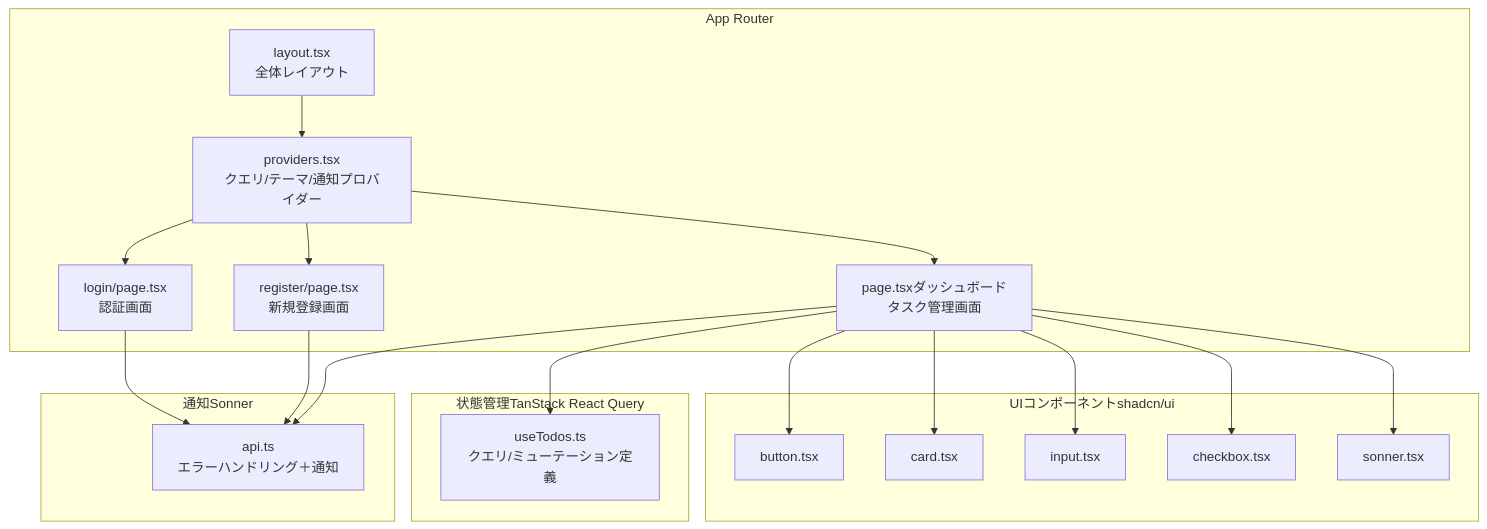
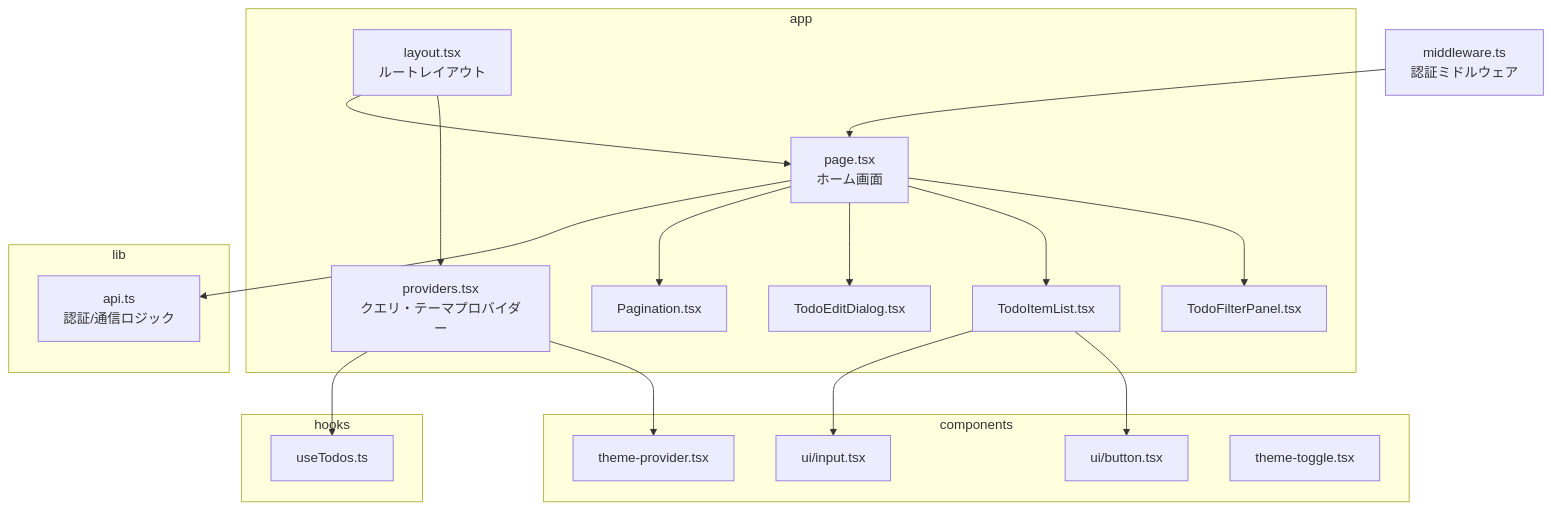
One commit to ss8806/Todos changed the first of 8 diagrams in .qoder/repowiki/ja/content/フロントエンドアーキテクチャ/フロントエンドアーキテクチャ.md. Above: the diagram before and after it, drawn with Mermaid. The commit also changed other lines of this file and 106 other files, not shown here.

````diff
--- a/.qoder/repowiki/ja/content/フロントエンドアーキテクチャ/フロントエンドアーキテクチャ.md
+++ b/.qoder/repowiki/ja/content/フロントエンドアーキテクチャ/フロントエンドアーキテクチャ.md
@@ -39,36 +44,37 @@
 ```mermaid
 graph TB
-subgraph "App Router"
-LAYOUT["layout.tsx<br/>全体レイアウト"]
-PROVIDERS["providers.tsx<br/>クエリ/テーマ/通知プロバイダー"]
-LOGIN["login/page.tsx<br/>認証画面"]
-REGISTER["register/page.tsx<br/>新規登録画面"]
-DASHBOARD["page.tsxダッシュボード<br/>タスク管理画面"]
+subgraph "app"
+L["layout.tsx<br/>ルートレイアウト"]
+P["providers.tsx<br/>クエリ・テーマプロバイダー"]
+H["page.tsx<br/>ホーム画面"]
+C1["TodoFilterPanel.tsx"]
+C2["TodoItemList.tsx"]
+C3["TodoEditDialog.tsx"]
+C4["Pagination.tsx"]
 end
-subgraph "UIコンポーネントshadcn/ui"
-BTN["button.tsx"]
-CARD["card.tsx"]
-INPUT["input.tsx"]
-CHECK["checkbox.tsx"]
-SONNER["sonner.tsx"]
+subgraph "components"
+U1["ui/button.tsx"]
+U2["ui/input.tsx"]
+TP["theme-provider.tsx"]
+TT["theme-toggle.tsx"]
 end
-subgraph "状態管理TanStack React Query"
-USETODOS["useTodos.ts<br/>クエリ/ミューテーション定義"]
+subgraph "hooks"
+HT["useTodos.ts"]
 end
-subgraph "通知Sonner"
-API["api.ts<br/>エラーハンドリング＋通知"]
+subgraph "lib"
+API["api.ts<br/>認証/通信ロジック"]
 end
-LAYOUT --> PROVIDERS
-PROVIDERS --> LOGIN
-PROVIDERS --> REGISTER
-PROVIDERS --> DASHBOARD
-DASHBOARD --> USETODOS
-LOGIN --> API
-REGISTER --> API
-DASHBOARD --> API
-DASHBOARD --> BTN
-DASHBOARD --> CARD
-DASHBOARD --> INPUT
-DASHBOARD --> CHECK
-DASHBOARD --> SONNER
+M["middleware.ts<br/>認証ミドルウェア"]
+L --> P
+L --> H
+H --> C1
+H --> C2
+H --> C3
+H --> C4
+C2 --> U1
+C2 --> U2
+P --> TP
+P --> HT
+H --> API
+M --> H
 ```
````
